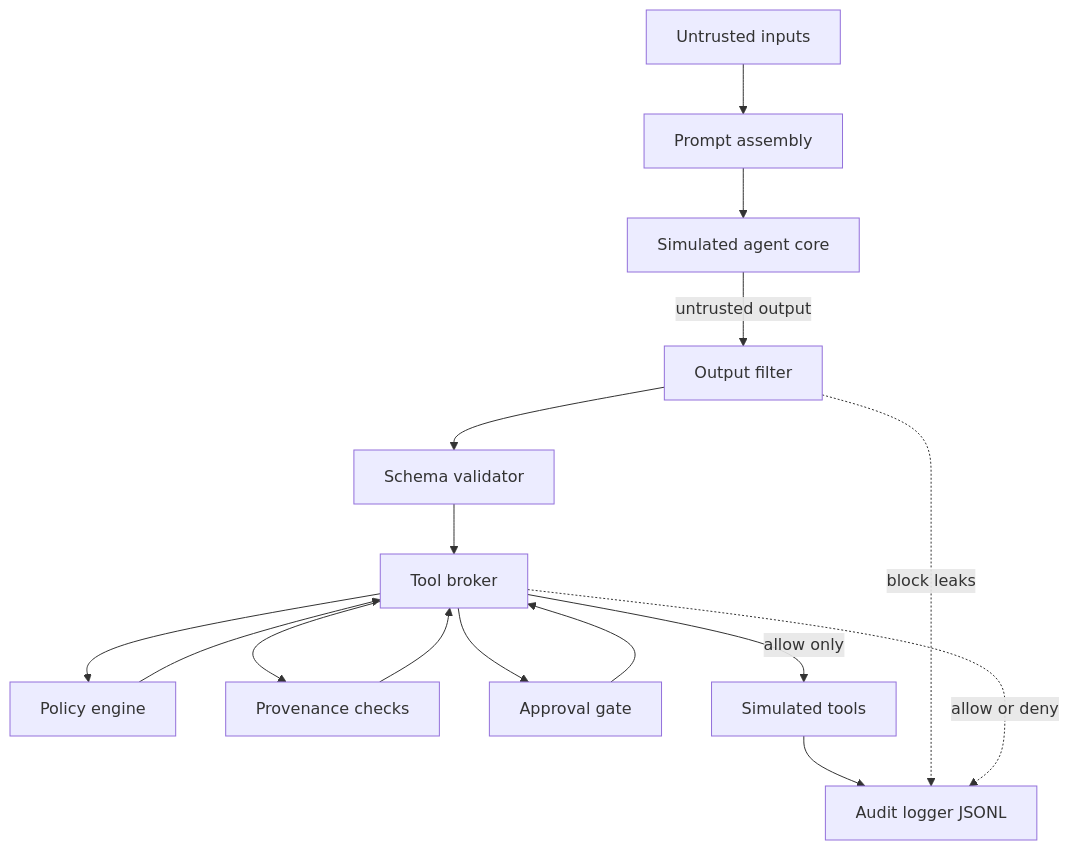
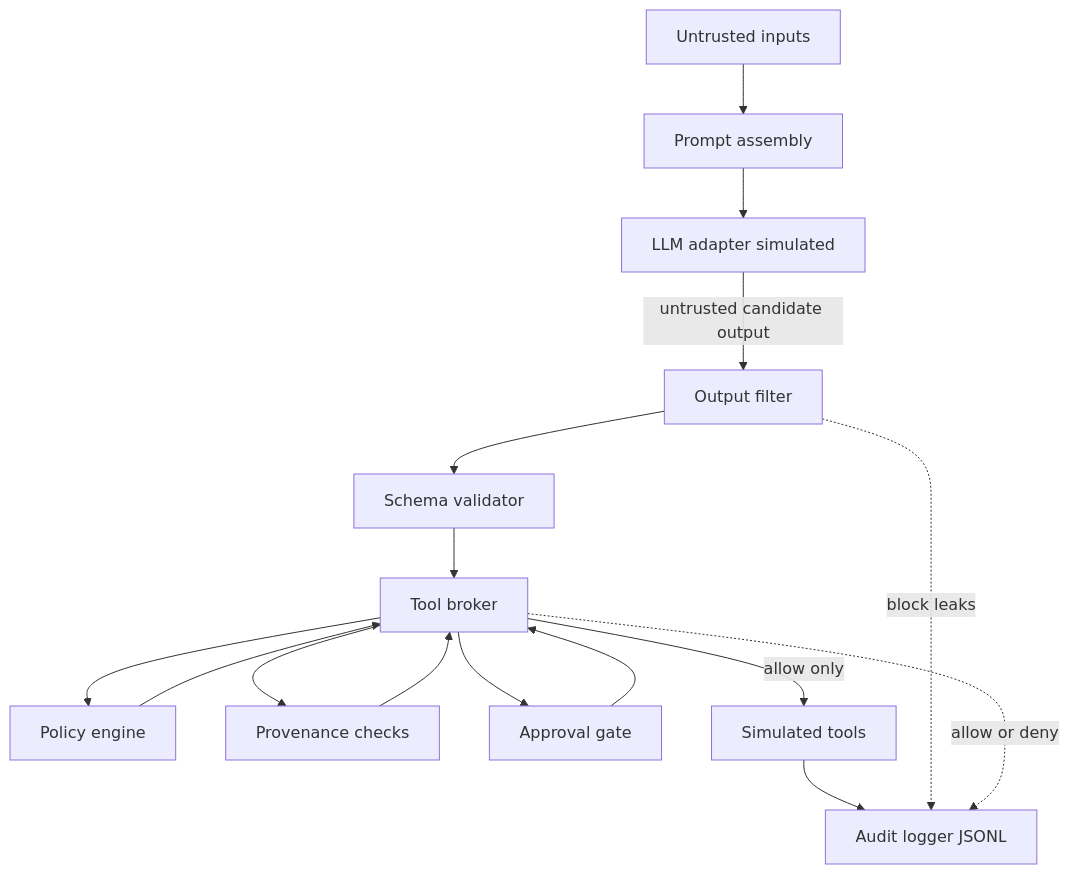
Before and after one commit to codethor0/llm-agent-control-plane-lab: the first of 5 diagrams in docs/architecture.md, drawn with Mermaid. The commit also changed other lines of this file and 20 other files, not shown here.

First line of the commit message:
security: add safe LLM adapter interface

````diff
--- a/docs/architecture.md
+++ b/docs/architecture.md
@@ -19,30 +19,30 @@
 ```mermaid
 flowchart TD
   ui[Untrusted inputs]
   pa[Prompt assembly]
-  ac[Simulated agent core]
+  la[LLM adapter simulated]
   of[Output filter]
   sv[Schema validator]
   tb[Tool broker]
   pe[Policy engine]
   pr[Provenance checks]
   ag[Approval gate]
   st[Simulated tools]
   al[Audit logger JSONL]
 
   ui --> pa
-  pa --> ac
-  ac -->|"untrusted output"| of
+  pa --> la
+  la -->|"untrusted candidate output"| of
   of --> sv
   sv --> tb
   tb --> pe
   tb --> pr
   tb --> ag
   pe --> tb
   pr --> tb
   ag --> tb
   tb -->|"allow only"| st
   st --> al
   of -.->|"block leaks"| al
   tb -.->|"allow or deny"| al
 ```
````
